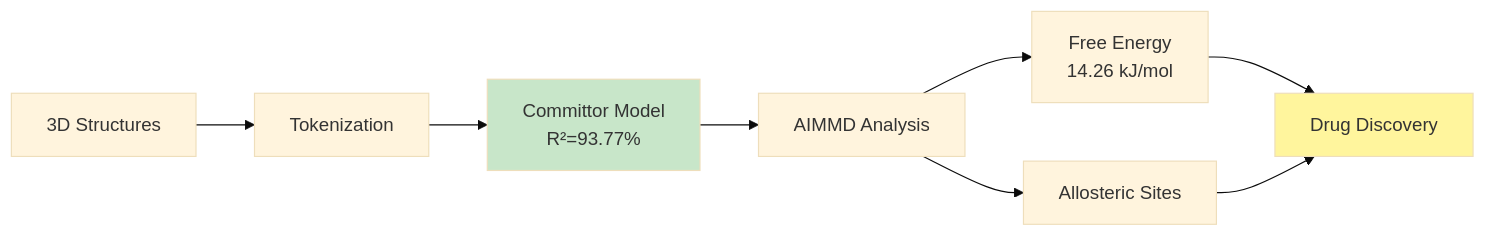
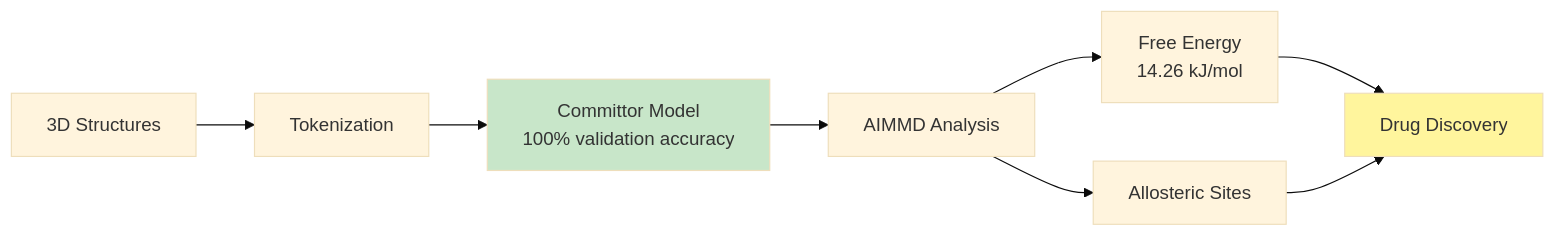
The diagram in README.md (Varosync/Jinja), drawn with Mermaid (base theme) before and after one commit. The commit also changed other lines of this file, not shown here.

Commit message:
Remove unverified R² claims, use verified validation accuracy

````diff
--- a/README.md
+++ b/README.md
@@ -11,13 +11,13 @@
 ```mermaid
 graph LR
     A[3D Structures] --> B[Tokenization]
-    B --> C[Committor Model<br/>R²=93.77%]
+    B --> C[Committor Model<br/>100% validation accuracy]
     C --> D[AIMMD Analysis]
     D --> E[Free Energy<br/>14.26 kJ/mol]
     D --> F[Allosteric Sites]
     E --> G[Drug Discovery]
     F --> G
     
     style C fill:#c8e6c9
     style G fill:#fff59d
 ```
````
